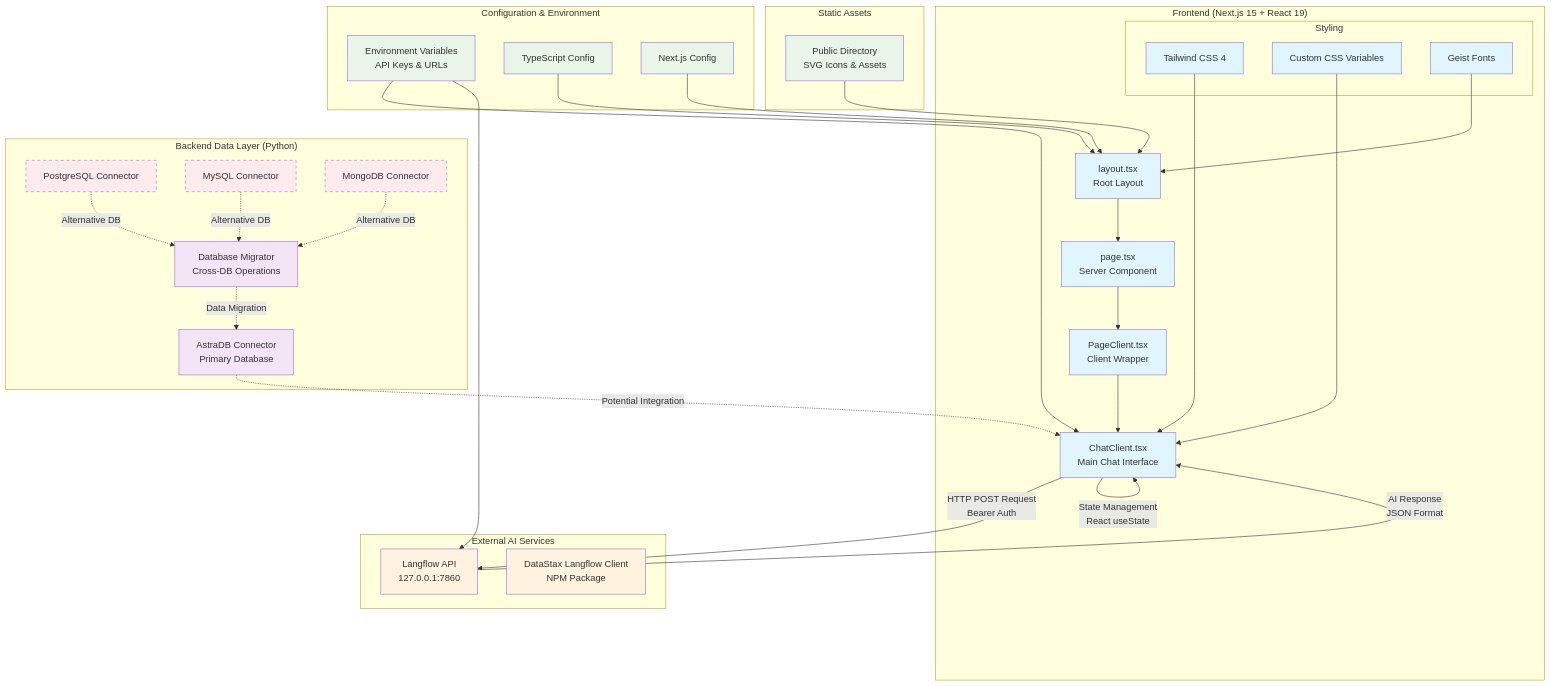
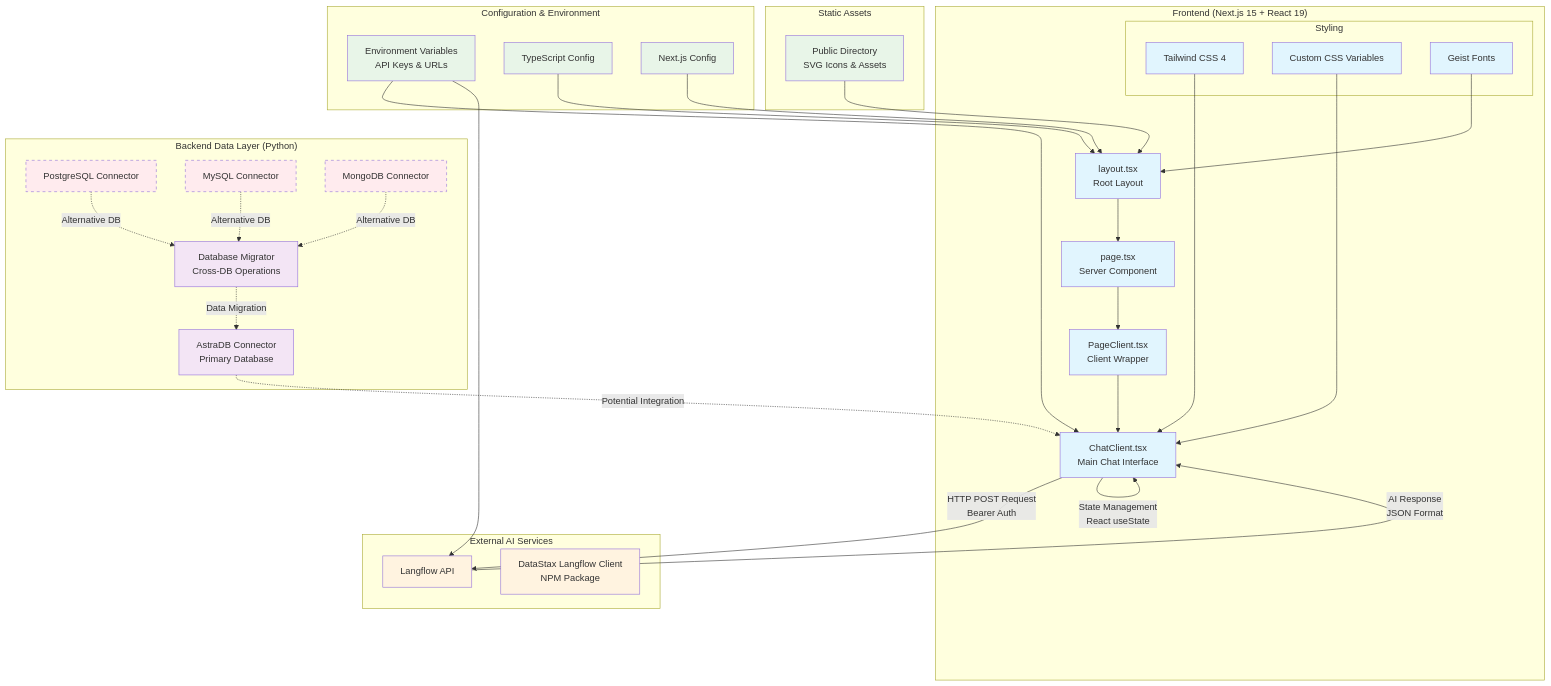
One commit to KentaLange/AI_FightingGame_Coach changed the diagram in App/architecture-diagram.md. Above: the diagram before and after it, drawn with Mermaid. The commit also changed 2 other files, not shown here.

Commit message:
Cleaned up my server and client files

````diff
--- a/App/architecture-diagram.md
+++ b/App/architecture-diagram.md
@@ -3,75 +3,75 @@
 ```mermaid
 graph TB
       subgraph "Frontend (Next.js 15 + React 19)"
           A[layout.tsx<br/>Root Layout] --> B[page.tsx<br/>Server Component]
           B --> C[PageClient.tsx<br/>Client Wrapper]
           C --> D[ChatClient.tsx<br/>Main Chat Interface]
 
           subgraph "Styling"
               E[Tailwind CSS 4]
               F[Custom CSS Variables]
               G[Geist Fonts]
           end
       end
 
       subgraph "External AI Services"
-          H[Langflow API<br/>127.0.0.1:7860]
+          H[Langflow API<br/>]
           I[DataStax Langflow Client<br/>NPM Package]
       end
 
       subgraph "Backend Data Layer (Python)"
           J[AstraDB Connector<br/>Primary Database]
           K[PostgreSQL Connector]
           L[MySQL Connector]
           M[MongoDB Connector]
           N[Database Migrator<br/>Cross-DB Operations]
       end
 
       subgraph "Configuration & Environment"
           O[Environment Variables<br/>API Keys & URLs]
           P[TypeScript Config]
           Q[Next.js Config]
       end
 
       subgraph "Static Assets"
           R[Public Directory<br/>SVG Icons & Assets]
       end
 
       %% Data Flow Connections
       D -->|HTTP POST Request<br/>Bearer Auth| H
       H -->|AI Response<br/>JSON Format| D
       D -->|State Management<br/>React useState| D
 
       %% Backend Connections (Currently Unused)
       J -.->|Potential Integration| D
       K -.->|Alternative DB| N
       L -.->|Alternative DB| N
       M -.->|Alternative DB| N
       N -.->|Data Migration| J
 
       %% Configuration Connections
       O --> D
       O --> H
       P --> A
       Q --> A
 
       %% Styling Connections
       E --> D
       F --> D
       G --> A
 
       %% Static Assets
       R --> A
 
       classDef frontend fill:#e1f5fe
       classDef backend fill:#f3e5f5
       classDef external fill:#fff3e0
       classDef config fill:#e8f5e8
       classDef unused fill:#ffebee,stroke-dasharray:5 5
 
       class A,B,C,D,E,F,G frontend
       class J,K,L,M,N backend
       class H,I external
       class O,P,Q,R config
       class K,L,M unused
 ```
````
